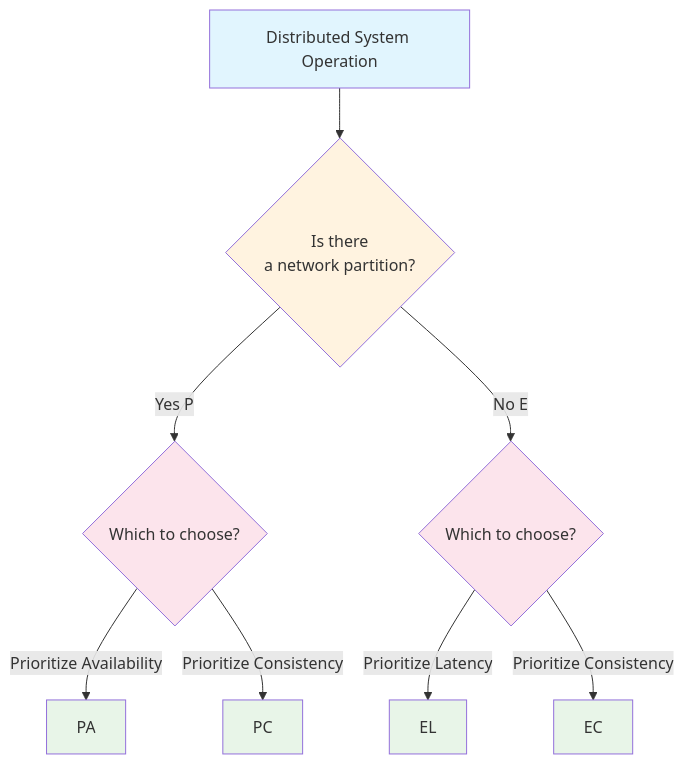
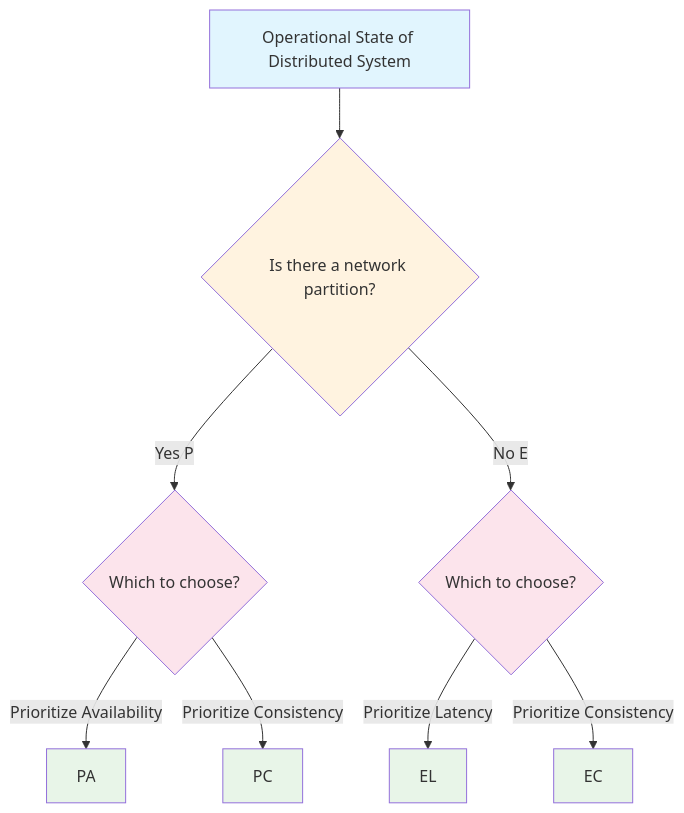
Before and after one commit to bmf-san/bmf-tech: the diagram in content/en/posts/cap-theorem-pacelc-theorem.md, drawn with Mermaid. The commit also changed other lines of this file and 989 other files, not shown here.

````diff
--- a/content/en/posts/cap-theorem-pacelc-theorem.md
+++ b/content/en/posts/cap-theorem-pacelc-theorem.md
@@ -62,22 +61,22 @@
 ```mermaid
 flowchart TD
-    A[Distributed System Operation] --> B{Is there<br/>a network partition?}
+    A[Operational State of Distributed System] --> B{Is there a network partition?<br/>}
 
     B -->|Yes P| C{Which to choose?}
     B -->|No E| D{Which to choose?}
 
     C -->|Prioritize Availability| E[PA]
     C -->|Prioritize Consistency| F[PC]
 
     D -->|Prioritize Latency| G[EL]
     D -->|Prioritize Consistency| H[EC]
 
     style A fill:#e1f5fe
     style B fill:#fff3e0
     style C fill:#fce4ec
     style D fill:#fce4ec
     style E fill:#e8f5e8
     style F fill:#e8f5e8
     style G fill:#e8f5e8
     style H fill:#e8f5e8
 ```
````
